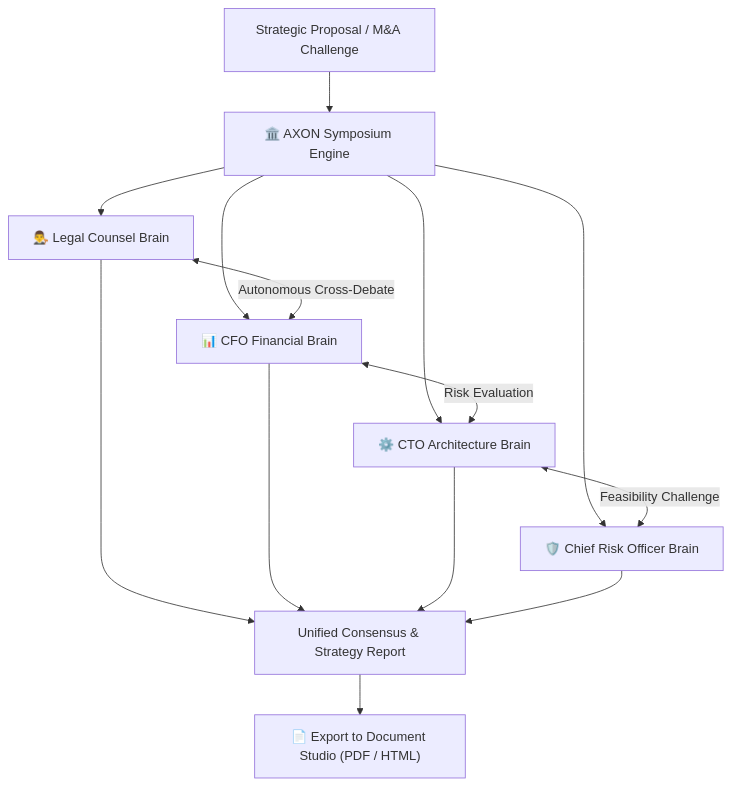
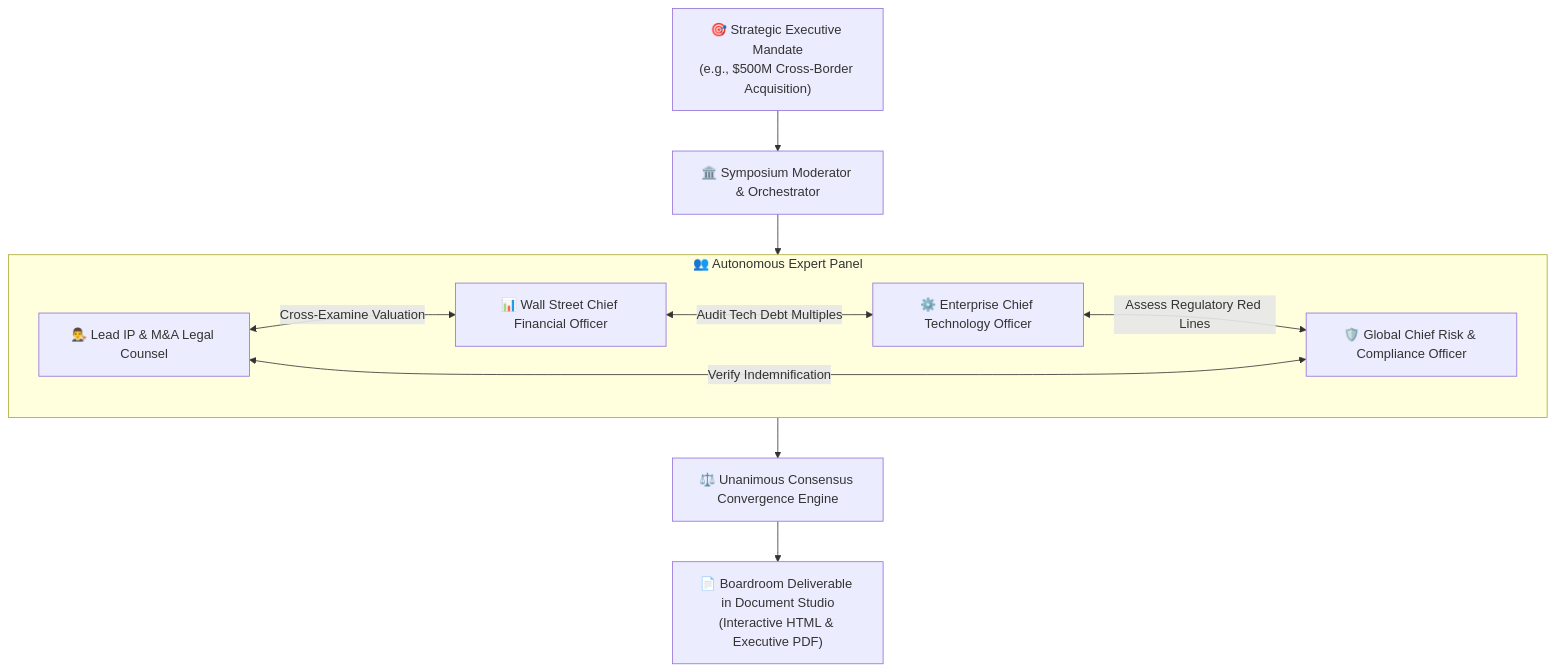
Before and after one commit to gosutox/gosutox-docs: the diagram in symposium/overview.mdx, drawn with Mermaid. The commit also changed other lines of this file and 3 other files, not shown here.

Commit message:
docs(symposium): elevate all 4 symposium pages with autonomous debate lifecycle, 3D vector graph, panel assembly, and consensus report export

````diff
--- a/symposium/overview.mdx
+++ b/symposium/overview.mdx
@@ -12,16 +12,20 @@
 ```mermaid
 flowchart TD
-    Challenge["Strategic Proposal / M&A Challenge"] --> Symposium["🏛️ AXON Symposium Engine"]
+    Challenge["🎯 Strategic Executive Mandate\n(e.g., $500M Cross-Border Acquisition)"] --> Moderator["🏛️ Symposium Moderator & Orchestrator"]
 
-    Symposium --> P1["👨‍⚖️ Legal Counsel Brain"]
-    Symposium --> P2["📊 CFO Financial Brain"]
-    Symposium --> P3["⚙️ CTO Architecture Brain"]
-    Symposium --> P4["🛡️ Chief Risk Officer Brain"]
+    subgraph Panel ["👥 Autonomous Expert Panel"]
+        P1["👨‍⚖️ Lead IP & M&A Legal Counsel"]
+        P2["📊 Wall Street Chief Financial Officer"]
+        P3["⚙️ Enterprise Chief Technology Officer"]
+        P4["🛡️ Global Chief Risk & Compliance Officer"]
+    end
 
-    P1 <-->|Autonomous Cross-Debate| P2
-    P2 <-->|Risk Evaluation| P3
-    P3 <-->|Feasibility Challenge| P4
+    Moderator --> Panel
+    P1 <-->|Cross-Examine Valuation| P2
+    P2 <-->|Audit Tech Debt Multiples| P3
+    P3 <-->|Assess Regulatory Red Lines| P4
+    P4 <-->|Verify Indemnification| P1
 
-    P1 & P2 & P3 & P4 --> Consensus["Unified Consensus & Strategy Report"]
-    Consensus --> Export["📄 Export to Document Studio (PDF / HTML)"]
+    Panel --> Synthesis["⚖️ Unanimous Consensus Convergence Engine"]
+    Synthesis --> Studio["📄 Boardroom Deliverable in Document Studio\n(Interactive HTML & Executive PDF)"]
 ```
````
